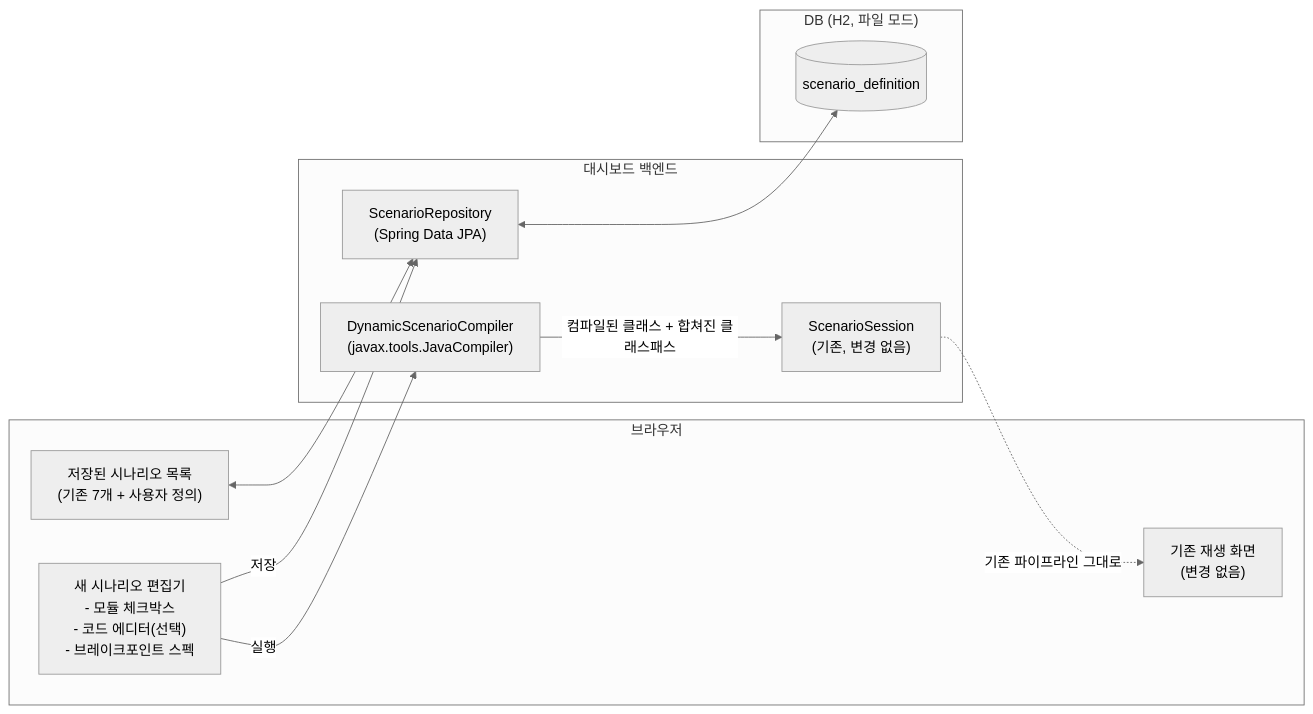
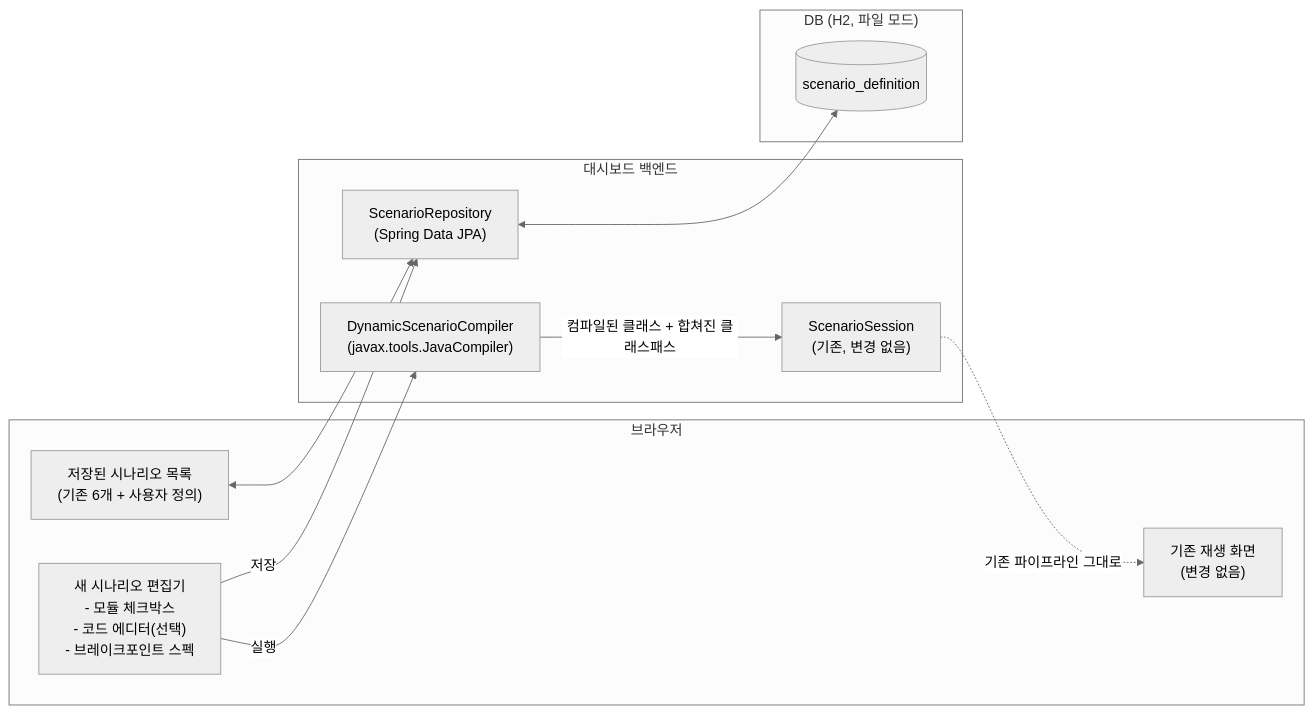
Before and after one commit to polynomeer/spring-lab: the diagram in docs/plan/04-dynamic-scenario-design.md, drawn with Mermaid (neutral theme). The commit also changed other lines of this file, not shown here.

````diff
--- a/docs/plan/04-dynamic-scenario-design.md
+++ b/docs/plan/04-dynamic-scenario-design.md
@@ -20,25 +22,25 @@
 ```mermaid
 flowchart LR
     subgraph Browser["브라우저"]
-        Catalog["저장된 시나리오 목록\n(기존 7개 + 사용자 정의)"]
+        Catalog["저장된 시나리오 목록\n(기존 6개 + 사용자 정의)"]
         Editor["새 시나리오 편집기\n- 모듈 체크박스\n- 코드 에디터(선택)\n- 브레이크포인트 스펙"]
         Timeline["기존 재생 화면\n(변경 없음)"]
     end
 
     subgraph Backend["대시보드 백엔드"]
         Repo["ScenarioRepository\n(Spring Data JPA)"]
         Compiler["DynamicScenarioCompiler\n(javax.tools.JavaCompiler)"]
         Session["ScenarioSession\n(기존, 변경 없음)"]
     end
 
     subgraph DB["DB (H2, 파일 모드)"]
         Table[("scenario_definition")]
     end
 
     Catalog <--> Repo
     Editor -- "저장" --> Repo
     Repo <--> Table
     Editor -- "실행" --> Compiler
     Compiler -- "컴파일된 클래스 + 합쳐진 클래스패스" --> Session
     Session -.->|"기존 파이프라인 그대로"| Timeline
 ```
````
